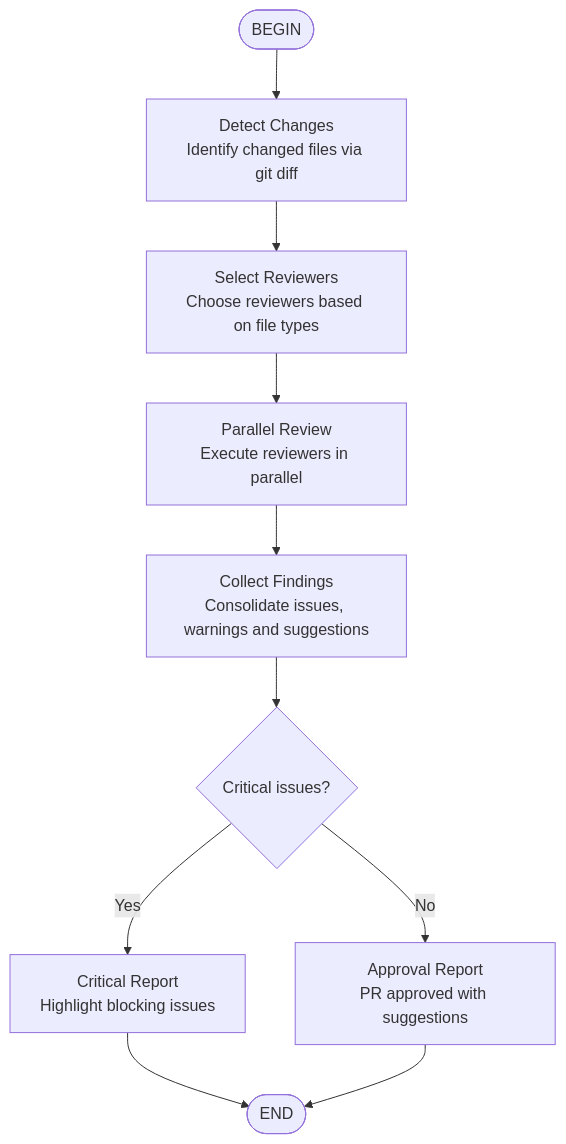
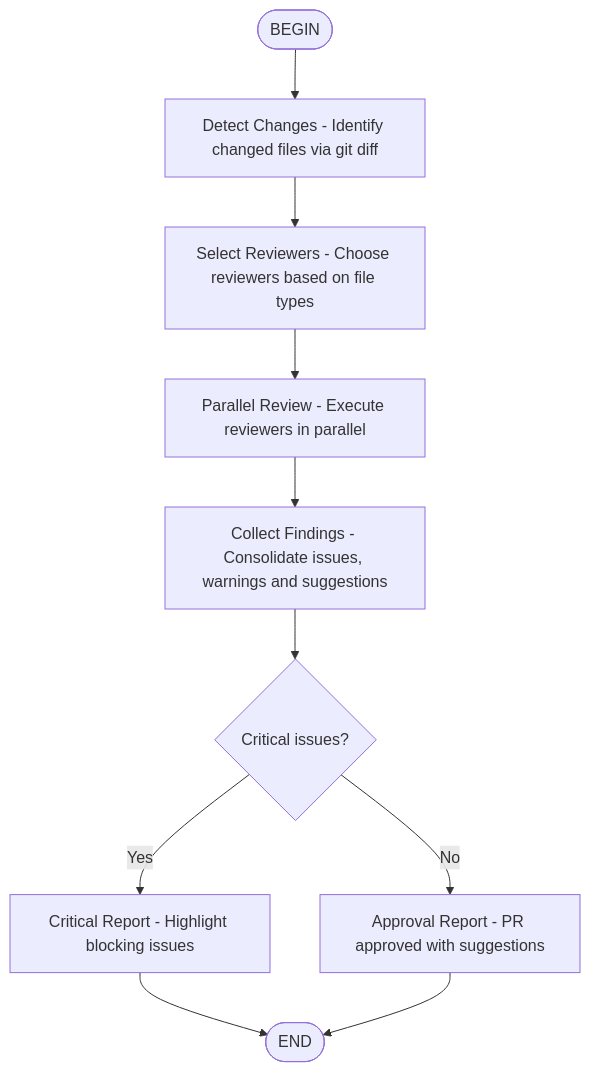
The diagram in skills/pr-review/SKILL.md (eduardoabreu81/everything-kimi-code), drawn with Mermaid before and after one commit. The commit also changed 10 other files, not shown here.

````diff
--- a/skills/pr-review/SKILL.md
+++ b/skills/pr-review/SKILL.md
@@ -11,12 +11,12 @@
 ```mermaid
 flowchart TD
-    A([BEGIN]) --> B[Detect Changes<br/>Identify changed files via git diff]
-    B --> C[Select Reviewers<br/>Choose reviewers based on file types]
-    C --> D[Parallel Review<br/>Execute reviewers in parallel]
-    D --> E[Collect Findings<br/>Consolidate issues, warnings and suggestions]
+    A([BEGIN]) --> B[Detect Changes - Identify changed files via git diff]
+    B --> C[Select Reviewers - Choose reviewers based on file types]
+    C --> D[Parallel Review - Execute reviewers in parallel]
+    D --> E[Collect Findings - Consolidate issues, warnings and suggestions]
     E --> F{Critical issues?}
-    F -->|Yes| G[Critical Report<br/>Highlight blocking issues]
-    F -->|No| H[Approval Report<br/>PR approved with suggestions]
+    F -->|Yes| G[Critical Report - Highlight blocking issues]
+    F -->|No| H[Approval Report - PR approved with suggestions]
     G --> I([END])
     H --> I
 ```
````
